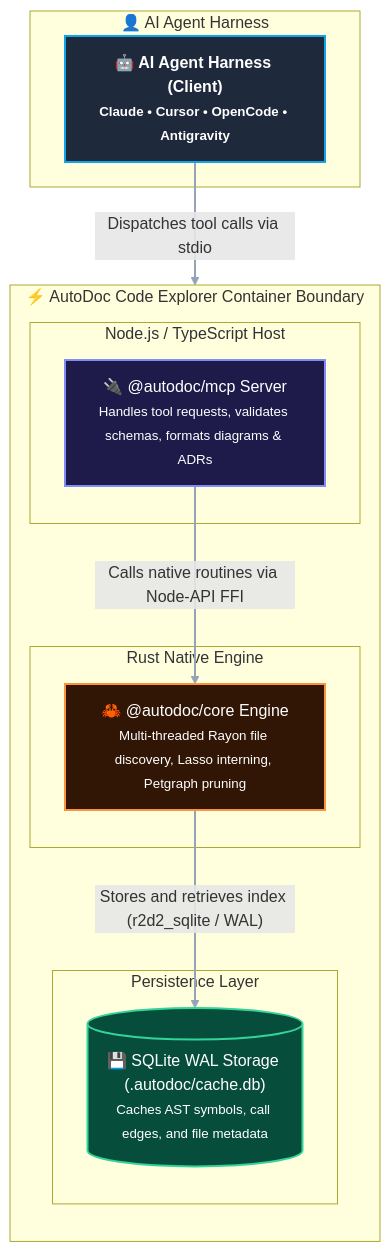
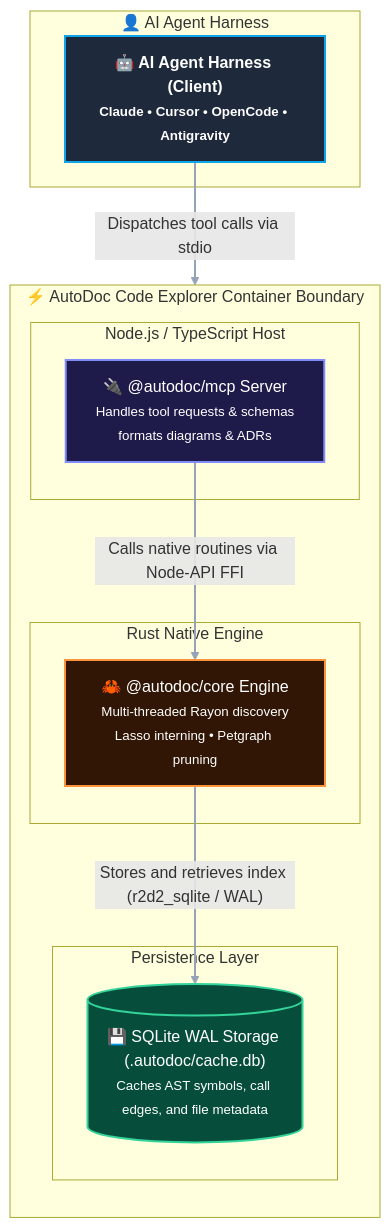
Before and after one commit to dandgabr/autodoc: the second of 4 diagrams in docs/reference/codebase-map.md, drawn with Mermaid. The commit also changed other lines of this file and 4 other files, not shown here.

Commit message:
feat(diagram-ux): implement automated diagram validator script and plug into agent

````diff
--- a/docs/reference/codebase-map.md
+++ b/docs/reference/codebase-map.md
@@ -45,34 +45,34 @@
 ```mermaid
 flowchart TD
     %% High Contrast Styling Definitions
     classDef clientClass fill:#1E293B,stroke:#0EA5E9,stroke-width:2px,color:#FFFFFF,font-weight:bold;
     classDef mcpClass fill:#1E1B4B,stroke:#818CF8,stroke-width:2px,color:#FFFFFF;
     classDef rustClass fill:#311505,stroke:#FB923C,stroke-width:2px,color:#FFFFFF;
     classDef dbClass fill:#064E3B,stroke:#34D399,stroke-width:2px,color:#FFFFFF;
 
     subgraph ExternalClients["👤 AI Agent Harness"]
         Agent["🤖 AI Agent Harness (Client)<br/><small>Claude • Cursor • OpenCode • Antigravity</small>"]:::clientClass
     end
 
     subgraph AutoDocContainers["⚡ AutoDoc Code Explorer Container Boundary"]
         direction TB
 
         subgraph MCPLayer["Node.js / TypeScript Host"]
-            MCPServer["🔌 @autodoc/mcp Server<br/><small>Handles tool requests, validates schemas, formats diagrams & ADRs</small>"]:::mcpClass
+            MCPServer["🔌 @autodoc/mcp Server<br/><small>Handles tool requests & schemas<br/>formats diagrams & ADRs</small>"]:::mcpClass
         end
 
         subgraph CoreLayer["Rust Native Engine"]
-            CoreEngine["🦀 @autodoc/core Engine<br/><small>Multi-threaded Rayon file discovery, Lasso interning, Petgraph pruning</small>"]:::rustClass
+            CoreEngine["🦀 @autodoc/core Engine<br/><small>Multi-threaded Rayon discovery<br/>Lasso interning • Petgraph pruning</small>"]:::rustClass
         end
 
         subgraph DBStorage["Persistence Layer"]
             SQLiteDB[("💾 SQLite WAL Storage (.autodoc/cache.db)<br/><small>Caches AST symbols, call edges, and file metadata</small>")]:::dbClass
         end
     end
 
     Agent -->|"Dispatches tool calls via stdio"| MCPServer
     MCPServer -->|"Calls native routines via Node-API FFI"| CoreEngine
     CoreEngine -->|"Stores and retrieves index (r2d2_sqlite / WAL)"| SQLiteDB
 
     linkStyle default stroke:#94A3B8,stroke-width:2px;
 ```
````
